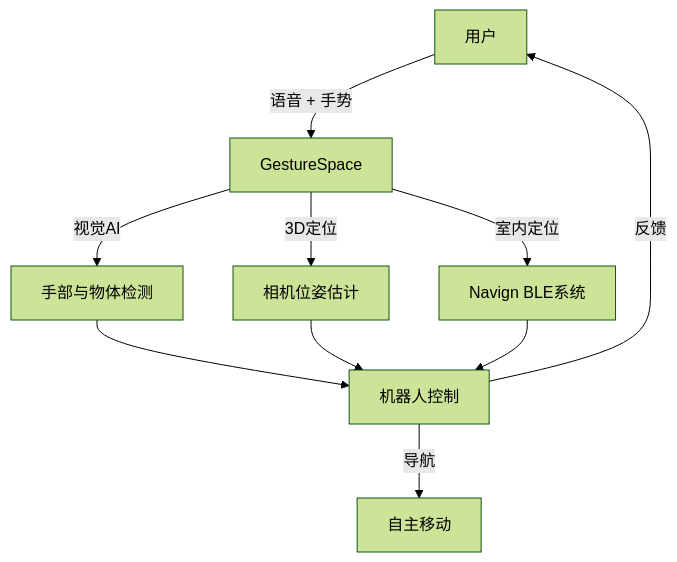
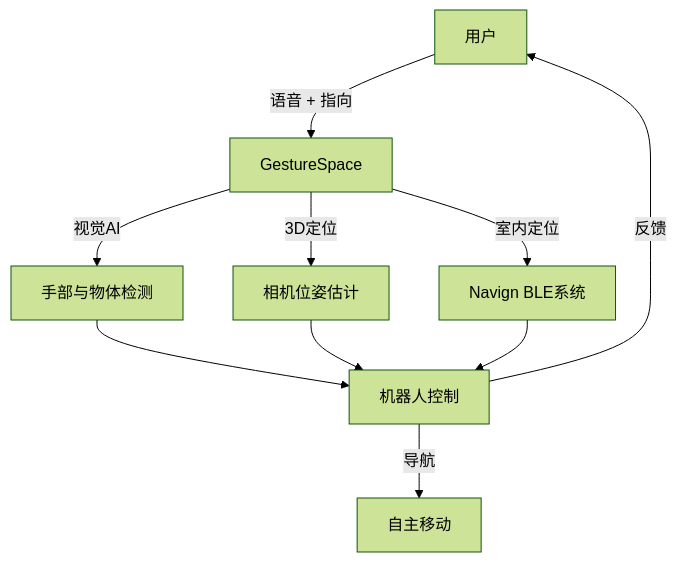
Before and after one commit to indoor-mall-nav/navign: the third of 3 diagrams in presentation/slides-cn.md, drawn with Mermaid (forest theme). The commit also changed other lines of this file and 1 other file, not shown here.

Commit message:
Remove emojis and fix robot architecture description

````diff
--- a/presentation/slides-cn.md
+++ b/presentation/slides-cn.md
@@ -460,12 +460,12 @@
 ```mermaid
 graph TB
-    A[用户] -->|语音 + 手势| B[GestureSpace]
+    A[用户] -->|语音 + 指向| B[GestureSpace]
     B -->|视觉AI| C[手部与物体检测]
     B -->|3D定位| D[相机位姿估计]
     B -->|室内定位| E[Navign BLE系统]
     C --> F[机器人控制]
     D --> F
     E --> F
     F -->|导航| G[自主移动]
     F -->|反馈| A
 ```
````
